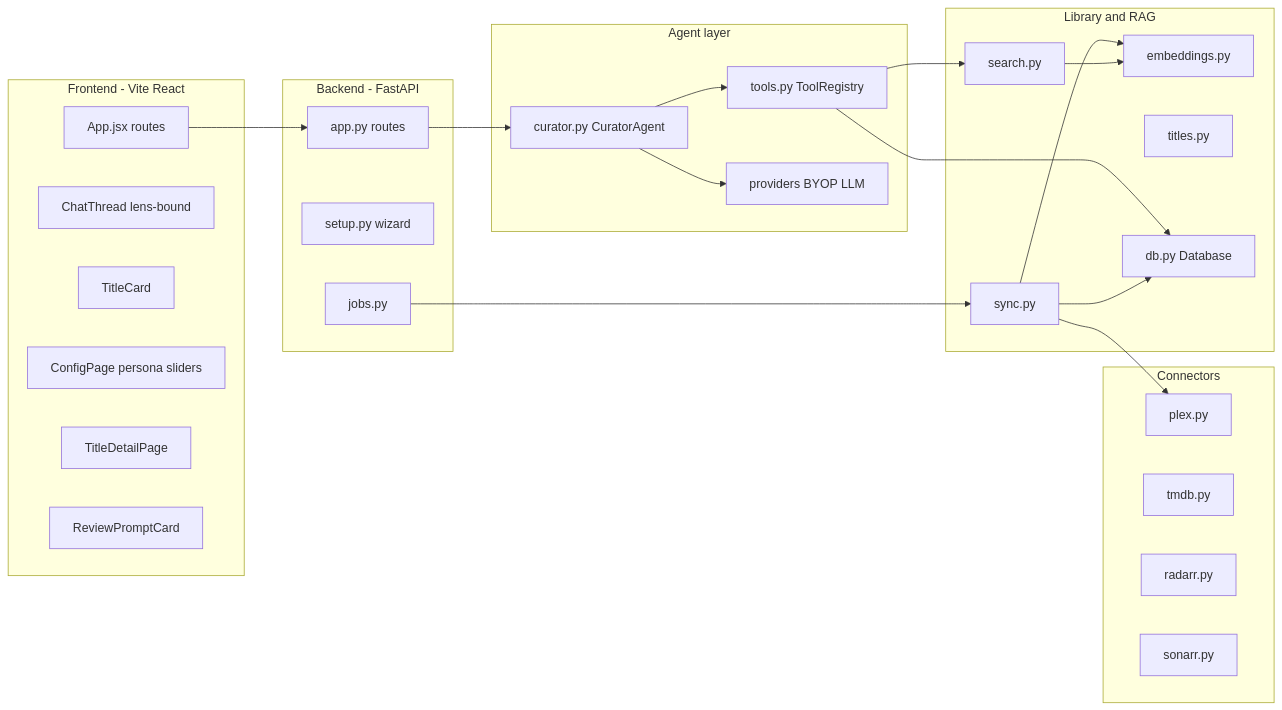
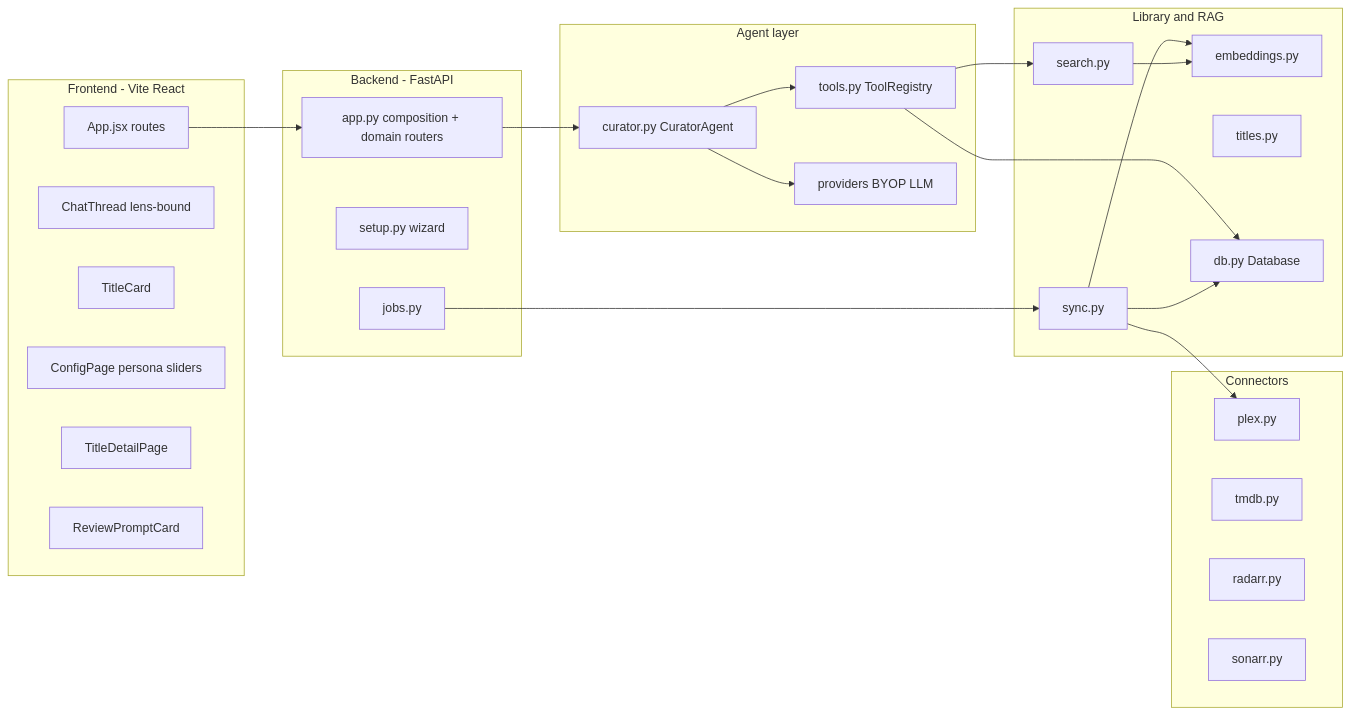
One commit to romwil/projectionist changed the third of 5 diagrams in docs/ARCHITECTURE.md. Above: the diagram before and after it, drawn with Mermaid. The commit also changed other lines of this file and 17 other files, not shown here.

Commit message:
Move library and chat HTTP into dedicated modules so app.py stays the lifespan composition root.

````diff
--- a/docs/ARCHITECTURE.md
+++ b/docs/ARCHITECTURE.md
@@ -133,50 +133,50 @@
 ```mermaid
 flowchart LR
     subgraph frontend [Frontend - Vite React]
         App[App.jsx routes]
         ChatThread[ChatThread lens-bound]
         Cards[TitleCard]
         Config[ConfigPage persona sliders]
         Detail[TitleDetailPage]
         ReviewsUI[ReviewPromptCard]
     end
 
     subgraph backend [Backend - FastAPI]
-        Routes[app.py routes]
+        Routes[app.py composition + domain routers]
         Setup[setup.py wizard]
         JobMgr[jobs.py]
     end
 
     subgraph agentLayer [Agent layer]
         Curator[curator.py CuratorAgent]
         Tools[tools.py ToolRegistry]
         Providers[providers BYOP LLM]
     end
 
     subgraph library [Library and RAG]
         Sync[sync.py]
         Search[search.py]
         Emb[embeddings.py]
         Titles[titles.py]
         Db[db.py Database]
     end
 
     subgraph connectors [Connectors]
         PlexC[plex.py]
         TMDBC[tmdb.py]
         RadarrC[radarr.py]
         SonarrC[sonarr.py]
     end
 
     App --> Routes
     Routes --> Curator
     Curator --> Tools
     Curator --> Providers
     Tools --> Search
     Tools --> Db
     JobMgr --> Sync
     Sync --> Db
     Sync --> Emb
     Search --> Emb
     Sync --> PlexC
 ```
````
